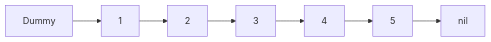
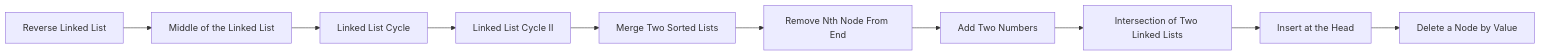
Diagram 16 of 16 in docs/datastructures/linked-list.md (9999dude/omega), drawn with Mermaid before and after one commit. The commit also changed other lines of this file and 58 other files, not shown here.

````diff
--- a/docs/datastructures/linked-list.md
+++ b/docs/datastructures/linked-list.md
@@ -1193,9 +997,13 @@
 ```mermaid
 flowchart LR
-    D["Dummy"] --> A["1"]
-    A --> B["2"]
-    B --> C["3"]
-    C --> E["4"]
-    E --> F["5"]
-    F --> N["nil"]
+    Q0["Reverse Linked List"]
+    Q0 --> Q1["Middle of the Linked List"]
+    Q1 --> Q2["Linked List Cycle"]
+    Q2 --> Q3["Linked List Cycle II"]
+    Q3 --> Q4["Merge Two Sorted Lists"]
+    Q4 --> Q5["Remove Nth Node From End"]
+    Q5 --> Q6["Add Two Numbers"]
+    Q6 --> Q7["Intersection of Two Linked Lists"]
+    Q7 --> Q8["Insert at the Head"]
+    Q8 --> Q9["Delete a Node by Value"]
 ```
````
